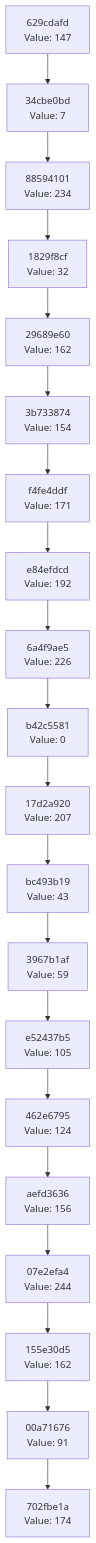
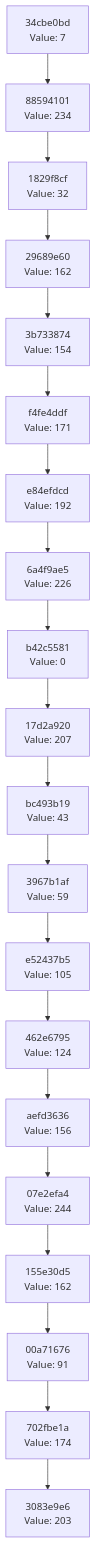
One commit to Abhisheksinha1506/hash-chain-evolver changed the diagram in docs/CHAIN_VISUALIZATION.md. Above: the diagram before and after it, drawn with Mermaid. The commit also changed 3 other files, not shown here.

````diff
--- a/docs/CHAIN_VISUALIZATION.md
+++ b/docs/CHAIN_VISUALIZATION.md
@@ -3,42 +3,42 @@
 ```mermaid
 graph TD
-    C0["702fbe1a<br/>Value: 174"]
-    C1["00a71676<br/>Value: 91"]
+    C0["3083e9e6<br/>Value: 203"]
+    C1["702fbe1a<br/>Value: 174"]
     C1 --> C0
-    C2["155e30d5<br/>Value: 162"]
+    C2["00a71676<br/>Value: 91"]
     C2 --> C1
-    C3["07e2efa4<br/>Value: 244"]
+    C3["155e30d5<br/>Value: 162"]
     C3 --> C2
-    C4["aefd3636<br/>Value: 156"]
+    C4["07e2efa4<br/>Value: 244"]
     C4 --> C3
-    C5["462e6795<br/>Value: 124"]
+    C5["aefd3636<br/>Value: 156"]
     C5 --> C4
-    C6["e52437b5<br/>Value: 105"]
+    C6["462e6795<br/>Value: 124"]
     C6 --> C5
-    C7["3967b1af<br/>Value: 59"]
+    C7["e52437b5<br/>Value: 105"]
     C7 --> C6
-    C8["bc493b19<br/>Value: 43"]
+    C8["3967b1af<br/>Value: 59"]
     C8 --> C7
-    C9["17d2a920<br/>Value: 207"]
+    C9["bc493b19<br/>Value: 43"]
     C9 --> C8
-    C10["b42c5581<br/>Value: 0"]
+    C10["17d2a920<br/>Value: 207"]
     C10 --> C9
-    C11["6a4f9ae5<br/>Value: 226"]
+    C11["b42c5581<br/>Value: 0"]
     C11 --> C10
-    C12["e84efdcd<br/>Value: 192"]
+    C12["6a4f9ae5<br/>Value: 226"]
     C12 --> C11
-    C13["f4fe4ddf<br/>Value: 171"]
+    C13["e84efdcd<br/>Value: 192"]
     C13 --> C12
-    C14["3b733874<br/>Value: 154"]
+    C14["f4fe4ddf<br/>Value: 171"]
     C14 --> C13
-    C15["29689e60<br/>Value: 162"]
+    C15["3b733874<br/>Value: 154"]
     C15 --> C14
-    C16["1829f8cf<br/>Value: 32"]
+    C16["29689e60<br/>Value: 162"]
     C16 --> C15
-    C17["88594101<br/>Value: 234"]
+    C17["1829f8cf<br/>Value: 32"]
     C17 --> C16
-    C18["34cbe0bd<br/>Value: 7"]
+    C18["88594101<br/>Value: 234"]
     C18 --> C17
-    C19["629cdafd<br/>Value: 147"]
+    C19["34cbe0bd<br/>Value: 7"]
     C19 --> C18
 ```
````
